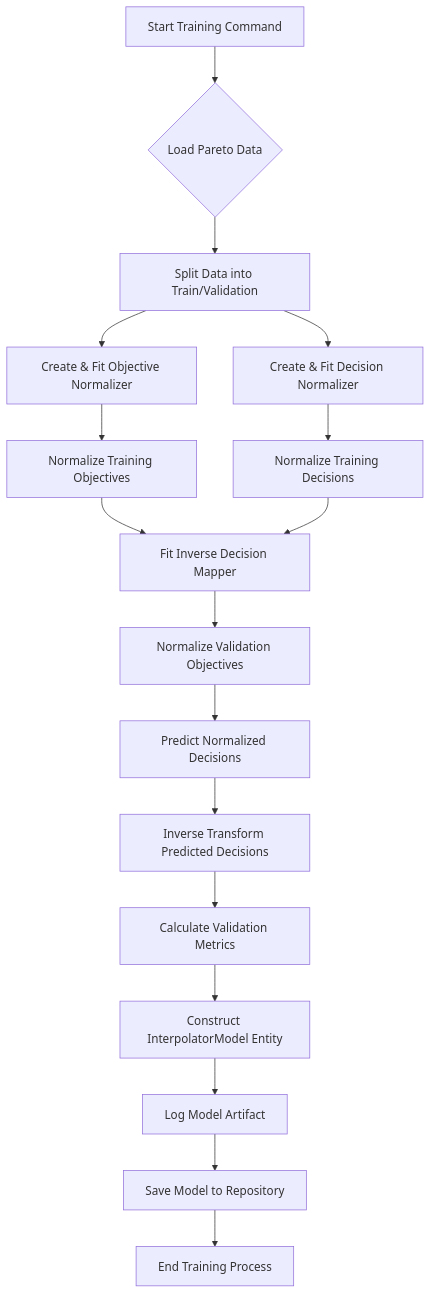
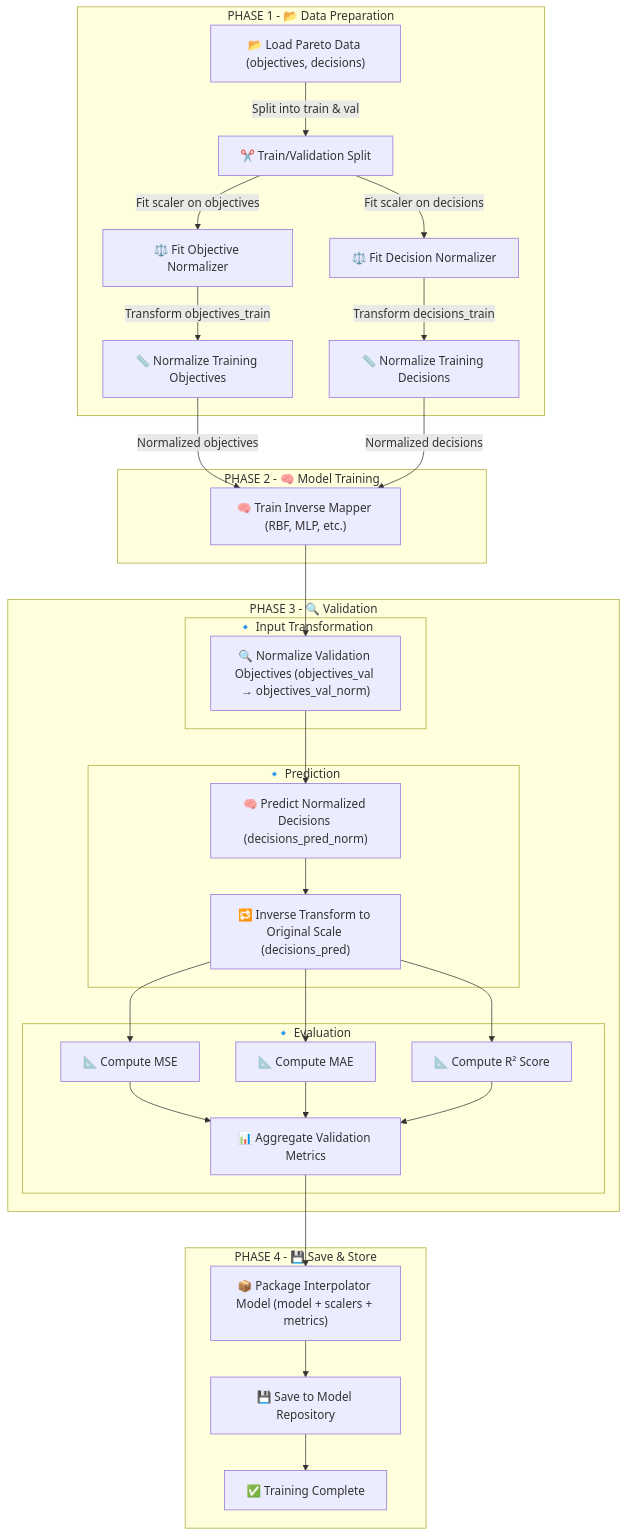
The diagram in docs/catalog-of-terms/process/training_and_validation.md (Nicola-Ibrahim/Tracing-Objectives-Backwards), drawn with Mermaid before and after one commit. The commit also changed other lines of this file, not shown here.

Commit message:
refactor: Update training and validation documentation; clarify objectives and process flow

````diff
--- a/docs/catalog-of-terms/process/training_and_validation.md
+++ b/docs/catalog-of-terms/process/training_and_validation.md
@@ -63,19 +69,42 @@
 ```mermaid
 flowchart TD
-    A[Start Training Command] --> B{Load Pareto Data};
-    B --> C[Split Data into Train/Validation];
-    C --> D[Create & Fit Objective Normalizer];
-    C --> E[Create & Fit Decision Normalizer];
-    D --> F[Normalize Training Objectives];
-    E --> G[Normalize Training Decisions];
-    F --> H[Fit Inverse Decision Mapper];
-    G --> H;
-    H --> I[Normalize Validation Objectives];
-    I --> J[Predict Normalized Decisions];
-    J --> K[Inverse Transform Predicted Decisions];
-    K --> L[Calculate Validation Metrics];
-    L --> M[Construct InterpolatorModel Entity];
-    M --> N[Log Model Artifact];
-    N --> O[Save Model to Repository];
-    O --> P[End Training Process];
+  %% -----------------------------
+  subgraph "PHASE 1 - 📂 Data Preparation"
+    A["📂 Load Pareto Data (objectives, decisions)"]
+    A -->| Split into train & val | B["✂️ Train/Validation Split"]
+    B -->| Fit scaler on objectives | C["⚖️ Fit Objective Normalizer"]
+    B -->| Fit scaler on decisions | D["⚖️ Fit Decision Normalizer"]
+    C -->| Transform objectives_train | E["📏 Normalize Training Objectives"]
+    D -->| Transform decisions_train | F["📏 Normalize Training Decisions"]
+  end
+  %% -----------------------------
+  subgraph "PHASE 2 - 🧠 Model Training"
+    E -->| Normalized objectives | G["🧠 Train Inverse Mapper (RBF, MLP, etc.)"]
+    F -->| Normalized decisions | G
+  end
+  %% -----------------------------
+  subgraph "PHASE 3 - 🔍 Validation"
+    subgraph "🔹 Input Transformation"
+      G --> H["🔍 Normalize Validation Objectives (objectives_val → objectives_val_norm)"]
+    end
+    subgraph "🔹 Prediction"
+      H --> I["🧠 Predict Normalized Decisions (decisions_pred_norm)"]
+      I --> J["🔁 Inverse Transform to Original Scale (decisions_pred)"]
+    end
+    subgraph "🔹 Evaluation"
+      J --> K1["📐 Compute MSE"]
+      J --> K2["📐 Compute MAE"]
+      J --> K3["📐 Compute R² Score"]
+      K1 --> K["📊 Aggregate Validation Metrics"]
+      K2 --> K
+      K3 --> K
+    end
+  end
+  %% -----------------------------
+  subgraph "PHASE 4 - 💾 Save & Store"
+    K --> L["📦 Package Interpolator Model (model + scalers + metrics)"]
+    L --> M["💾 Save to Model Repository"]
+    M --> N["✅ Training Complete"]
+  end
+
 ```
````
